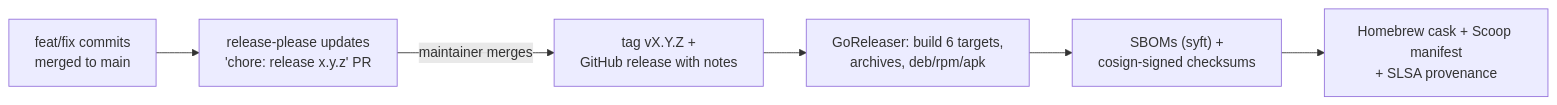
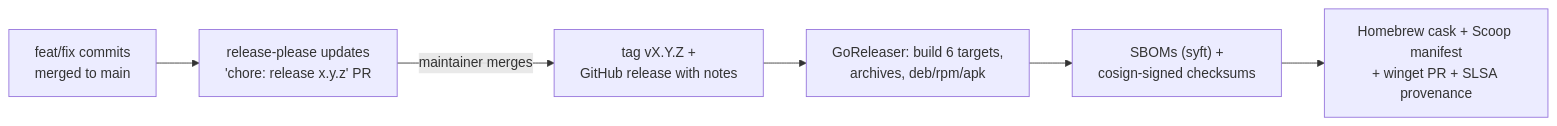
Before and after one commit to roystondwork-dev/portcheck: the diagram in docs/releasing.md, drawn with Mermaid. The commit also changed 20 other files, not shown here.

````diff
--- a/docs/releasing.md
+++ b/docs/releasing.md
@@ -5,8 +5,8 @@
 ```mermaid
 flowchart LR
     A["feat/fix commits<br/>merged to main"] --> B["release-please updates<br/>'chore: release x.y.z' PR"]
     B -->|maintainer merges| C["tag vX.Y.Z +<br/>GitHub release with notes"]
     C --> D["GoReleaser: build 6 targets,<br/>archives, deb/rpm/apk"]
     D --> E["SBOMs (syft) +<br/>cosign-signed checksums"]
-    E --> F["Homebrew cask + Scoop manifest<br/>+ SLSA provenance"]
+    E --> F["Homebrew cask + Scoop manifest<br/>+ winget PR + SLSA provenance"]
 ```
````
